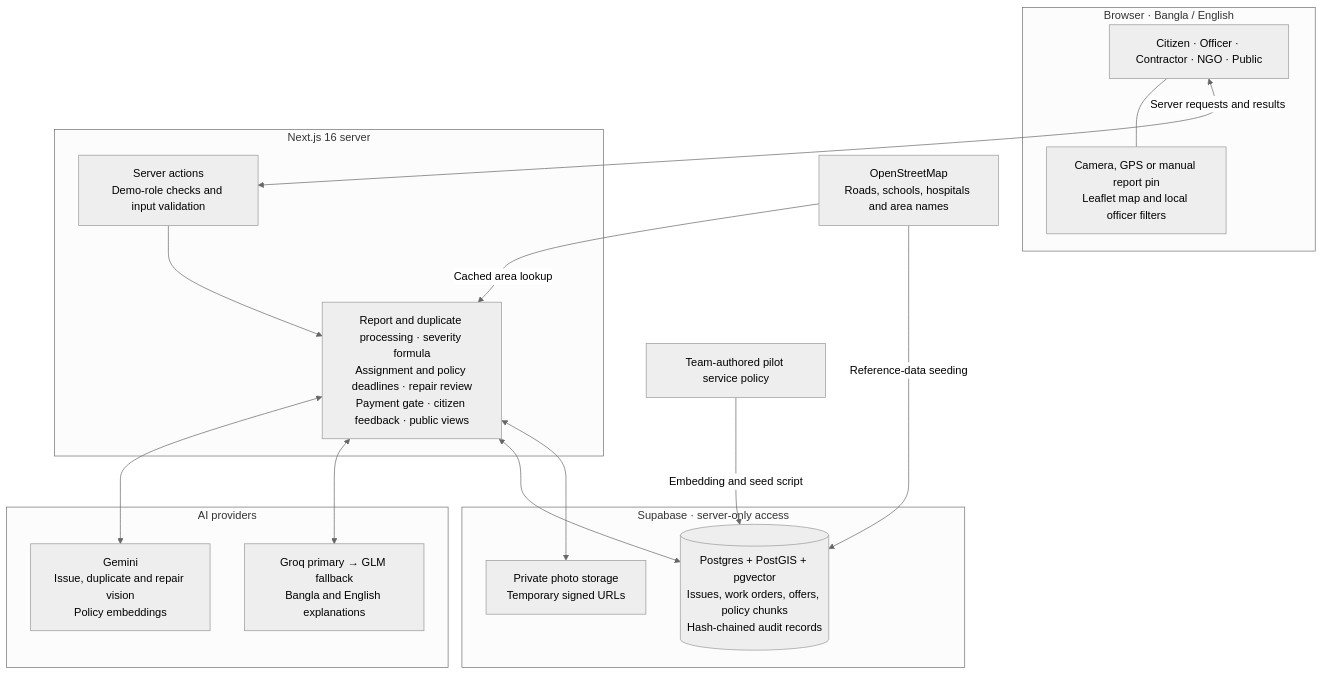
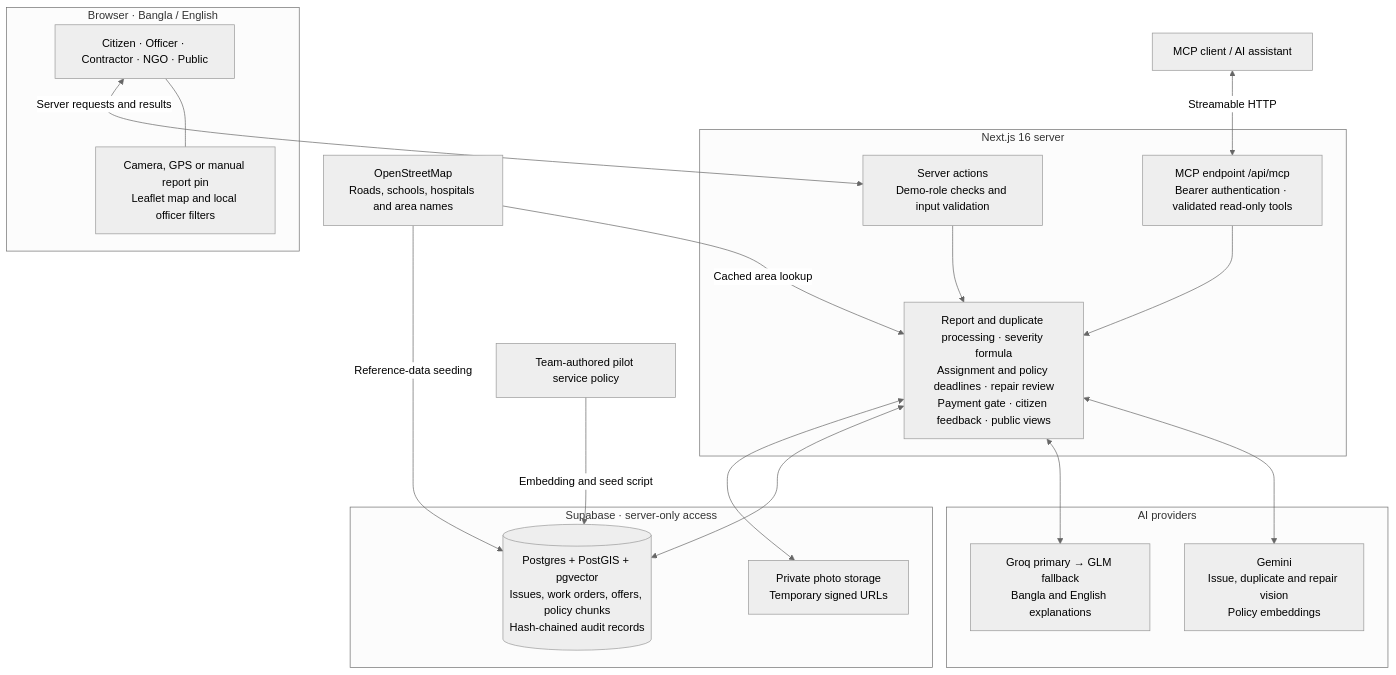
The diagram in README.md (Ir-Rafi/CivicTrust), drawn with Mermaid (neutral theme) before and after one commit. The commit also changed other lines of this file and 18 other files, not shown here.

Commit message:
Add authenticated read-only CivicTrust MCP server

````diff
--- a/README.md
+++ b/README.md
@@ -58,36 +59,38 @@
 ```mermaid
 flowchart TB
     subgraph Client["Browser · Bangla / English"]
         UI["Citizen · Officer · Contractor · NGO · Public"]
         Local["Camera, GPS or manual report pin<br/>Leaflet map and local officer filters"]
         UI --- Local
     end
 
     subgraph Server["Next.js 16 server"]
         Actions["Server actions<br/>Demo-role checks and input validation"]
         Workflow["Report and duplicate processing · severity formula<br/>Assignment and policy deadlines · repair review<br/>Payment gate · citizen feedback · public views"]
         Actions --> Workflow
+        MCP["MCP endpoint /api/mcp<br/>Bearer authentication · validated read-only tools"] --> Workflow
     end
 
     subgraph AI["AI providers"]
         Gemini["Gemini<br/>Issue, duplicate and repair vision<br/>Policy embeddings"]
         Text["Groq primary → GLM fallback<br/>Bangla and English explanations"]
     end
 
     subgraph Data["Supabase · server-only access"]
         DB[("Postgres + PostGIS + pgvector<br/>Issues, work orders, offers, policy chunks<br/>Hash-chained audit records")]
         Photos["Private photo storage<br/>Temporary signed URLs"]
     end
 
     OSM["OpenStreetMap<br/>Roads, schools, hospitals and area names"]
     Policy["Team-authored pilot service policy"]
 
     UI <-->|"Server requests and results"| Actions
+    Assistant["MCP client / AI assistant"] <-->|"Streamable HTTP"| MCP
     Workflow <--> Gemini
     Workflow <--> Text
     Workflow <--> DB
     Workflow <--> Photos
     OSM -->|"Reference-data seeding"| DB
     OSM -->|"Cached area lookup"| Workflow
     Policy -->|"Embedding and seed script"| DB
 ```
````
